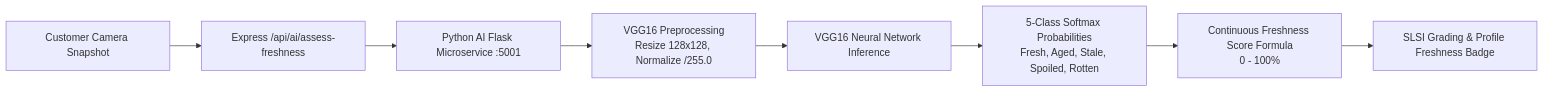
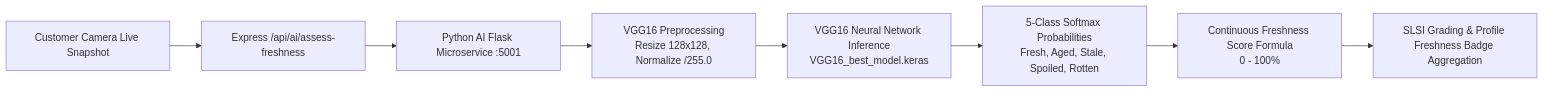
The fifth of 8 diagrams in ECOHARVEST_TECHNICAL_ARCHITECTURE_AND_WORKFLOW.md (MeviniNethasa/Eco-Harvest), drawn with Mermaid before and after one commit. The commit also changed other lines of this file and 6 other files, not shown here.

````diff
--- a/ECOHARVEST_TECHNICAL_ARCHITECTURE_AND_WORKFLOW.md
+++ b/ECOHARVEST_TECHNICAL_ARCHITECTURE_AND_WORKFLOW.md
@@ -151,10 +210,10 @@
 ```mermaid
 flowchart LR
-    A[Customer Camera Snapshot] --> B[Express /api/ai/assess-freshness]
+    A[Customer Camera Live Snapshot] --> B[Express /api/ai/assess-freshness]
     B --> C[Python AI Flask Microservice :5001]
     C --> D[VGG16 Preprocessing\nResize 128x128, Normalize /255.0]
-    D --> E[VGG16 Neural Network Inference]
+    D --> E[VGG16 Neural Network Inference\nVGG16_best_model.keras]
     E --> F[5-Class Softmax Probabilities\nFresh, Aged, Stale, Spoiled, Rotten]
     F --> G[Continuous Freshness Score Formula\n0 - 100%]
-    G --> H[SLSI Grading & Profile Freshness Badge]
+    G --> H[SLSI Grading & Profile Freshness Badge Aggregation]
 ```
````
